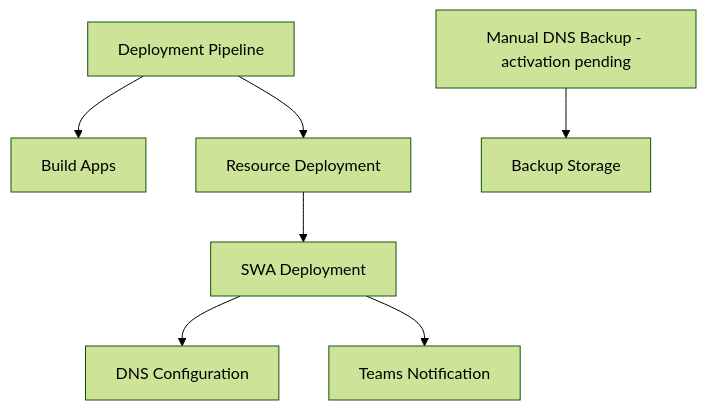
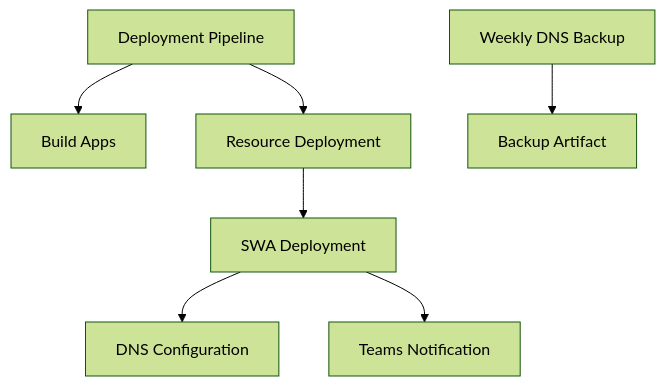
The diagram in docs/src/main/guides/deployment/github-workflows.md (phoenixvc/PhoenixVC-Website), drawn with Mermaid (forest theme) before and after one commit. The commit also changed other lines of this file and 1 other file, not shown here.

Commit message:
ci: activate DNS backup with OIDC

````diff
--- a/docs/src/main/guides/deployment/github-workflows.md
+++ b/docs/src/main/guides/deployment/github-workflows.md
@@ -95,9 +94,9 @@
 ```mermaid
 graph TD
   A[Deployment Pipeline] --> B[Build Apps]
   A --> C[Resource Deployment]
   C --> D[SWA Deployment]
   D --> E[DNS Configuration]
   D --> F[Teams Notification]
-  G[Manual DNS Backup - activation pending] --> H[Backup Storage]
+  G[Weekly DNS Backup] --> H[Backup Artifact]
 ```
````
